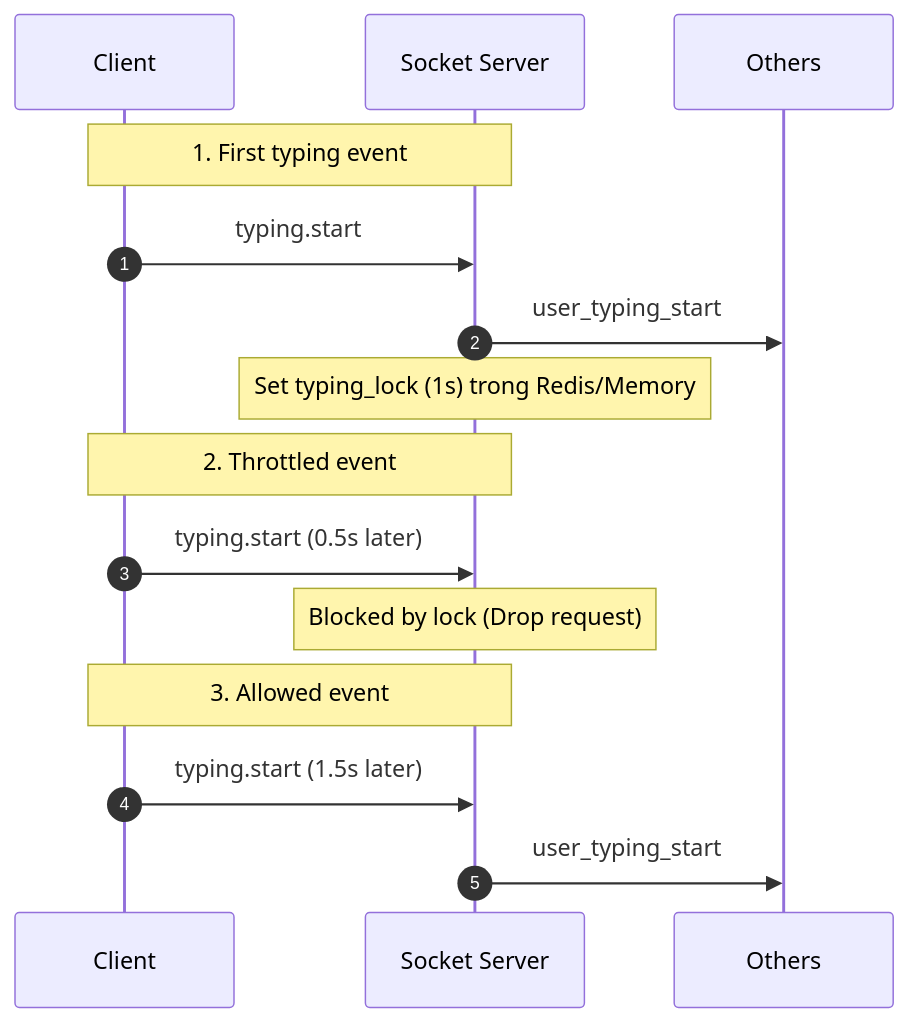
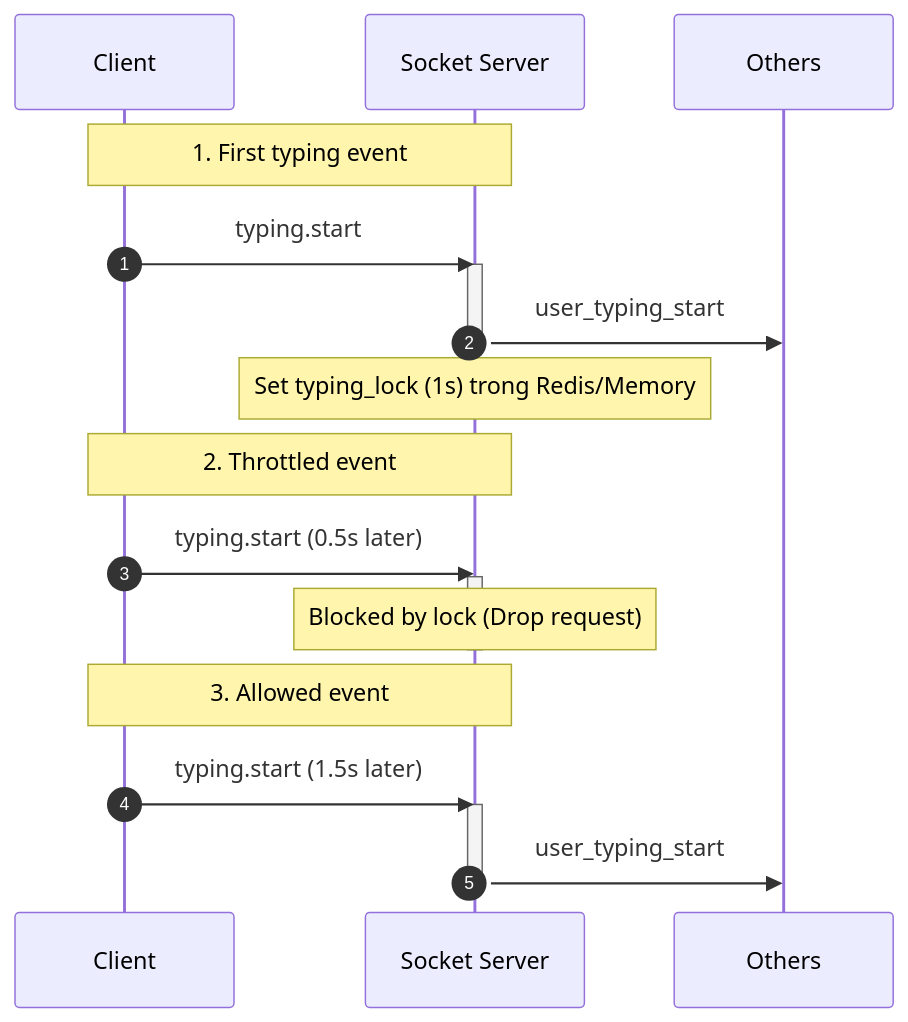
The third of 3 diagrams in docs/presence.md (dinhhoang235/Chat-App), drawn with Mermaid before and after one commit. The commit also changed other lines of this file and 6 other files, not shown here.

Commit message:
refactor: streamline sequence diagrams and enhance clarity in API interactions across documentation

````diff
--- a/docs/presence.md
+++ b/docs/presence.md
@@ -68,20 +80,26 @@
 ```mermaid
 sequenceDiagram
   autonumber
   participant C as Client
   participant WS as Socket Server
   participant O as Others
   
   Note over C,WS: 1. First typing event
   C->>WS: typing.start
+  activate WS
   WS->>O: user_typing_start
+  deactivate WS
   Note over WS: Set typing_lock (1s) trong Redis/Memory
 
   Note over C,WS: 2. Throttled event
   C->>WS: typing.start (0.5s later)
+  activate WS
   Note over WS: Blocked by lock (Drop request)
+  deactivate WS
 
   Note over C,WS: 3. Allowed event
   C->>WS: typing.start (1.5s later)
+  activate WS
   WS->>O: user_typing_start
+  deactivate WS
 ```
````
